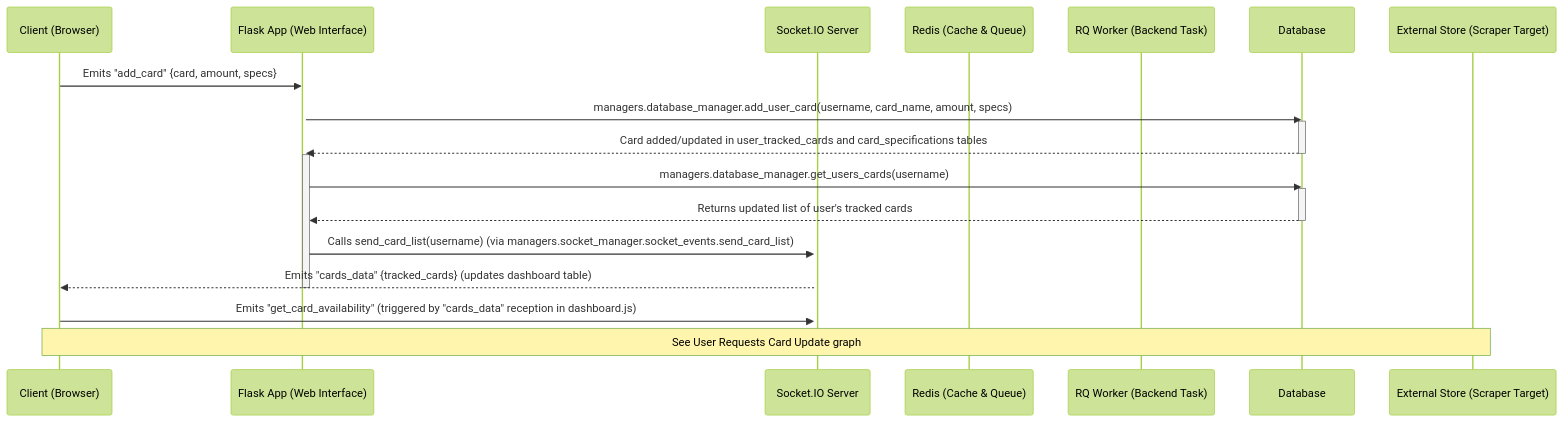
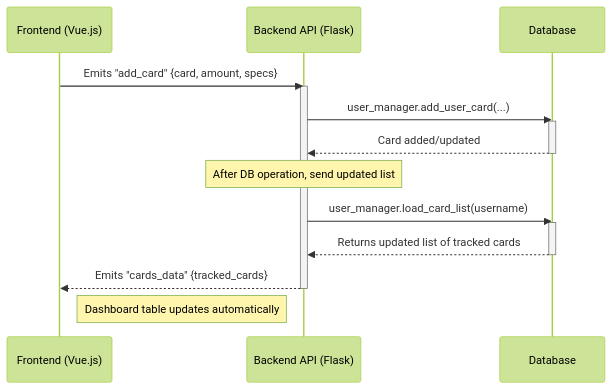
Before and after one commit to smileyface/LGS-Stock-Checker: the third of 7 diagrams in docs/docs.md, drawn with Mermaid (forest theme). The commit also changed other lines of this file and 78 other files, not shown here.

````diff
--- a/docs/docs.md
+++ b/docs/docs.md
@@ -11,33 +69,23 @@
 ```mermaid
 sequenceDiagram
-    participant ClientBrowser as Client (Browser)
-    participant FlaskApp as Flask App (Web Interface)
-    participant SocketIOServer as Socket.IO Server
-    participant Redis as Redis (Cache & Queue)
-    participant RQWorker as RQ Worker (Backend Task)
-    participant Database as Database
-    participant ExternalStore as External Store (Scraper Target)
+    participant Client as Frontend (Vue.js)
+    participant Backend as Backend API (Flask)
+    participant DB as Database
 
-    ClientBrowser->>FlaskApp: Emits "add_card" {card, amount, specs}
-    activate SocketIOServer
-    activate FlaskApp
+    Client->>Backend: Emits "add_card" {card, amount, specs}
+    activate Backend
+    Backend->>DB: user_manager.add_user_card(...)
+    activate DB
+    DB-->>Backend: Card added/updated
+    deactivate DB
 
-    FlaskApp->>Database: managers.database_manager.add_user_card(username, card_name, amount, specs)
-    activate Database
-    Database-->>FlaskApp: Card added/updated in user_tracked_cards and card_specifications tables
-    deactivate Database
+    Note over Backend: After DB operation, send updated list
+    Backend->>DB: user_manager.load_card_list(username)
+    activate DB
+    DB-->>Backend: Returns updated list of tracked cards
+    deactivate DB
 
-    activate FlaskApp
-
-    FlaskApp->>Database: managers.database_manager.get_users_cards(username)
-    activate Database
-    Database-->>FlaskApp: Returns updated list of user's tracked cards
-    deactivate Database
-
-    FlaskApp->>SocketIOServer: Calls send_card_list(username) (via managers.socket_manager.socket_events.send_card_list)
-    SocketIOServer-->>ClientBrowser: Emits "cards_data" {tracked_cards} (updates dashboard table)
-    deactivate FlaskApp
-
-    ClientBrowser->>SocketIOServer: Emits "get_card_availability" (triggered by "cards_data" reception in dashboard.js)
-    Note over ClientBrowser, ExternalStore: See User Requests Card Update graph
+    Backend-->>Client: Emits "cards_data" {tracked_cards}
+    deactivate Backend
+    Note right of Client: Dashboard table updates automatically
 ```
````
